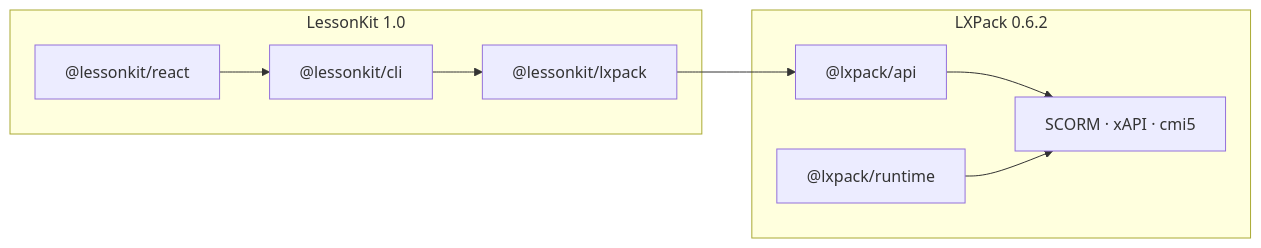
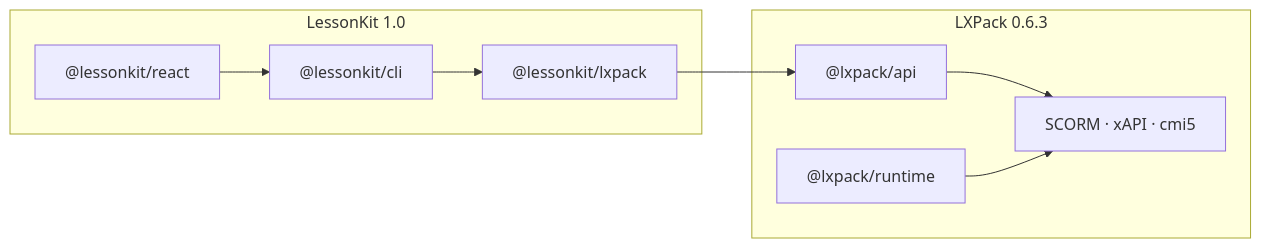
One commit to eddiethedean/lxpack changed the diagram in docs/LESSONKIT_INTEROPERABILITY.md. Above: the diagram before and after it, drawn with Mermaid. The commit also changed other lines of this file and 17 other files, not shown here.

````diff
--- a/docs/LESSONKIT_INTEROPERABILITY.md
+++ b/docs/LESSONKIT_INTEROPERABILITY.md
@@ -55,18 +55,18 @@
 ```mermaid
 flowchart LR
   subgraph lk [LessonKit 1.0]
     REACT["@lessonkit/react"]
     CLI["@lessonkit/cli"]
     LKL["@lessonkit/lxpack"]
   end
-  subgraph lxp [LXPack 0.6.2]
+  subgraph lxp [LXPack 0.6.3]
     API["@lxpack/api"]
     RT["@lxpack/runtime"]
     PKG["SCORM · xAPI · cmi5"]
   end
   REACT --> CLI
   CLI --> LKL
   LKL --> API
   API --> PKG
   RT --> PKG
 ```
````
